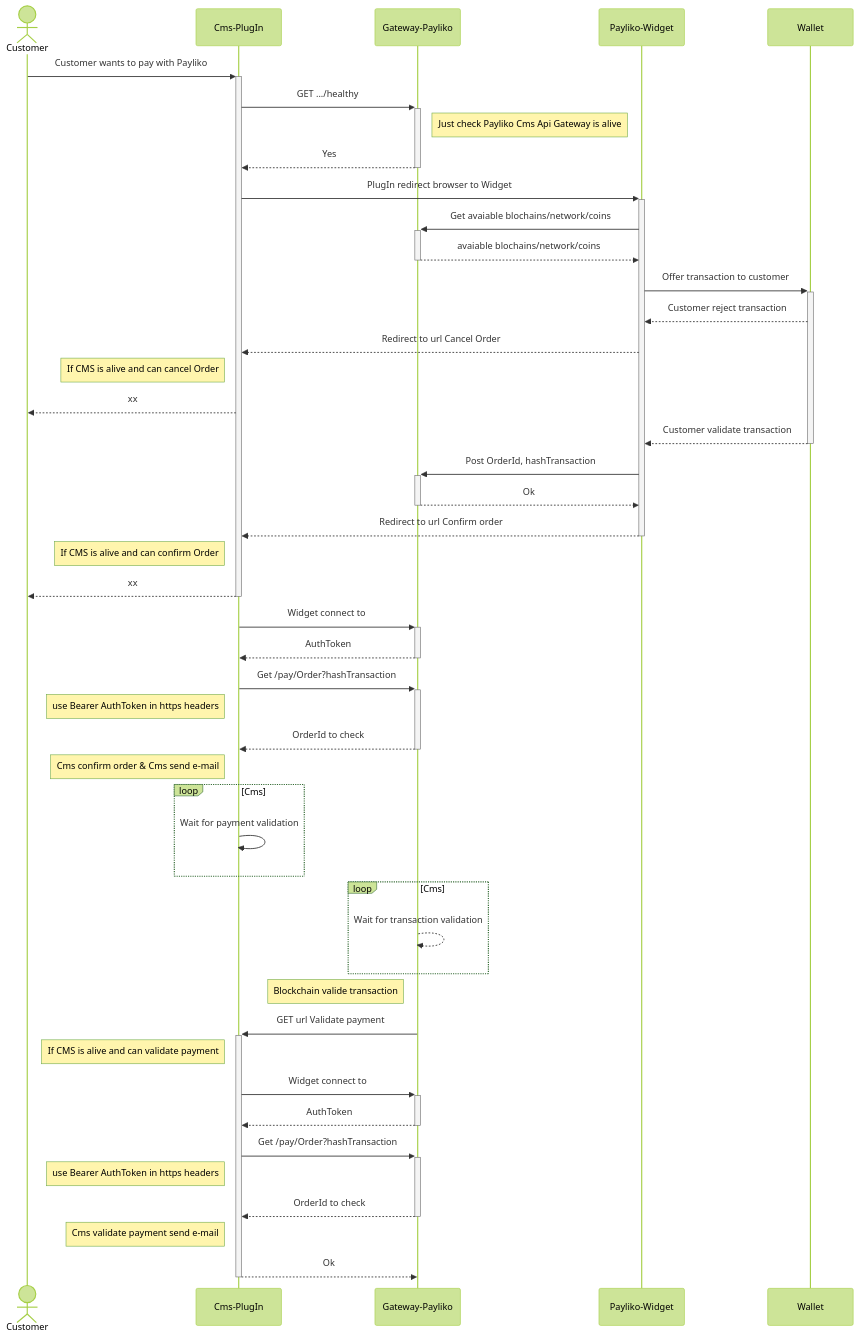
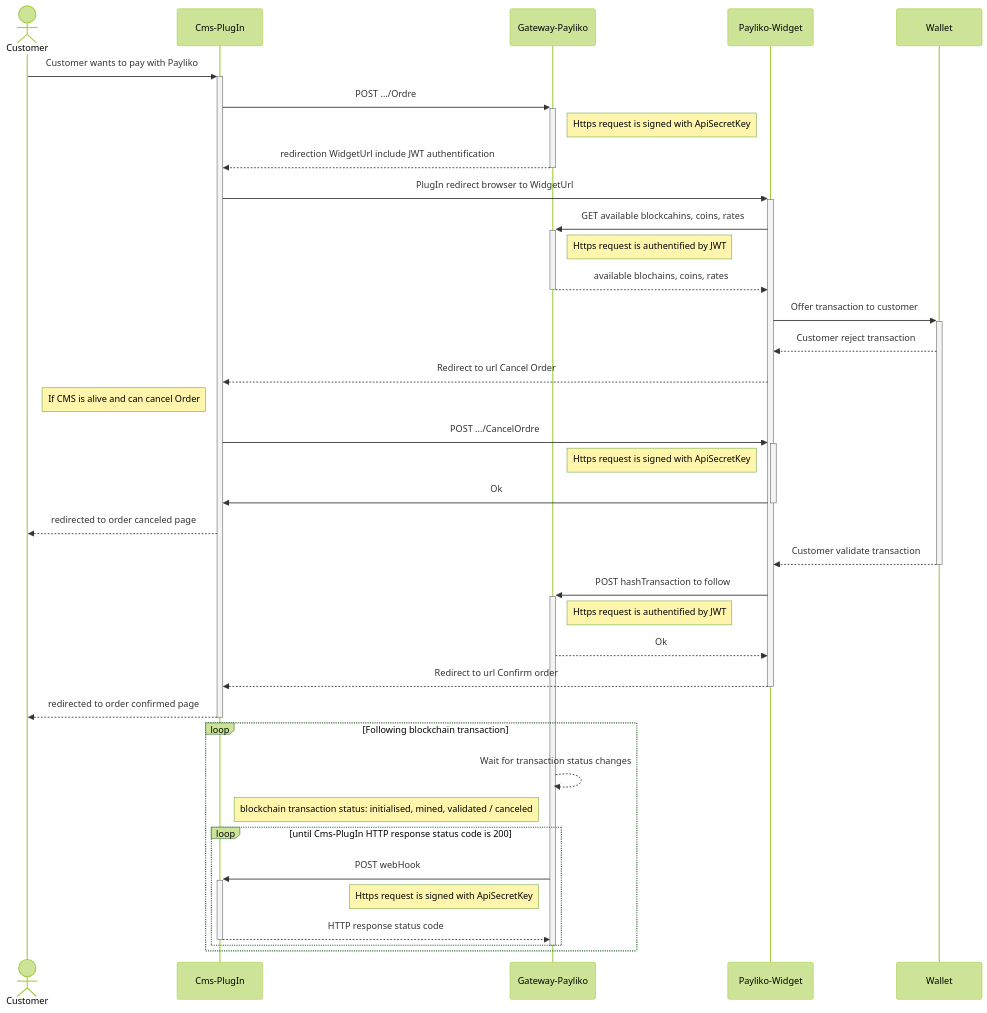
Before and after one commit to Payinnov-Widget-Integration/Payinnov-InHouseCms-Integration: the second of 2 diagrams in README.md, drawn with Mermaid (forest theme). The commit also changed other lines of this file, not shown here.

Commit message:
pay seq diagram

````diff
--- a/README.md
+++ b/README.md
@@ -75,52 +75,45 @@
 ```mermaid
 sequenceDiagram
 actor A as Customer
 A->>+Cms-PlugIn: Customer wants to pay with Payliko 
-Cms-PlugIn->>+Gateway-Payliko: GET .../healthy
-Note right of Gateway-Payliko: Just check Payliko Cms Api Gateway is alive
-Gateway-Payliko-->>-Cms-PlugIn: Yes
+Cms-PlugIn->>+Gateway-Payliko: POST .../Ordre
+Note right of Gateway-Payliko: Https request is signed with ApiSecretKey
+Gateway-Payliko-->>-Cms-PlugIn: redirection WidgetUrl include JWT authentification
 
-Cms-PlugIn->>+Payliko-Widget: PlugIn redirect browser to Widget 
+Cms-PlugIn->>+Payliko-Widget: PlugIn redirect browser to WidgetUrl 
 
-Payliko-Widget->>+Gateway-Payliko: Get avaiable blochains/network/coins
-Gateway-Payliko-->>-Payliko-Widget: avaiable blochains/network/coins
+Payliko-Widget->>+Gateway-Payliko: GET available blockcahins, coins, rates
+Note right of Gateway-Payliko: Https request is authentified by JWT
+Gateway-Payliko-->>-Payliko-Widget: available blochains, coins, rates
 
 Payliko-Widget->>+Wallet: Offer transaction to customer
 Wallet-->>Payliko-Widget: Customer reject transaction
 Payliko-Widget-->>Cms-PlugIn:Redirect to url Cancel Order
 Note left of Cms-PlugIn: If CMS is alive and can cancel Order
-Cms-PlugIn-->>A: xx
+Cms-PlugIn->>+Payliko-Widget: POST .../CancelOrdre
+Note right of Gateway-Payliko: Https request is signed with ApiSecretKey
+Payliko-Widget->>-Cms-PlugIn:Ok
+Cms-PlugIn-->>A: redirected to order canceled page
 
 Wallet-->>-Payliko-Widget:Customer validate transaction
-Payliko-Widget->>+Gateway-Payliko: Post OrderId, hashTransaction
-Gateway-Payliko-->>-Payliko-Widget:Ok
+Payliko-Widget->>+Gateway-Payliko: POST hashTransaction to follow
+Note right of Gateway-Payliko: Https request is authentified by JWT
+Gateway-Payliko-->>Payliko-Widget:Ok
 
 Payliko-Widget-->>-Cms-PlugIn: Redirect to url Confirm order
-Note left of Cms-PlugIn: If CMS is alive and can confirm Order
-Cms-PlugIn-->>-A: xx
+Cms-PlugIn-->>-A: redirected to order confirmed page
 
-Cms-PlugIn->>+Gateway-Payliko: Widget connect to
-Gateway-Payliko-->>-Cms-PlugIn: AuthToken
-Cms-PlugIn->>+Gateway-Payliko: Get /pay/Order?hashTransaction
-Note left of Cms-PlugIn: use Bearer AuthToken in https headers
-Gateway-Payliko-->>-Cms-PlugIn: OrderId to check
-Note left of Cms-PlugIn: Cms confirm order & Cms send e-mail
-loop Cms
-        Cms-PlugIn->>Cms-PlugIn: Wait for payment validation
+loop Following blockchain transaction
+    Gateway-Payliko-->>Gateway-Payliko: Wait for transaction status changes
+
+    Note left of Gateway-Payliko: blockchain transaction status: initialised, mined, validated / canceled
+
+    loop until Cms-PlugIn HTTP response status code is 200
+        Gateway-Payliko->>+Cms-PlugIn: POST webHook
+        Note left of Gateway-Payliko: Https request is signed with ApiSecretKey
+        Cms-PlugIn-->>-Gateway-Payliko:HTTP response status code
+    end
+
+    deactivate Gateway-Payliko
 end
-loop Cms
-        Gateway-Payliko-->>Gateway-Payliko: Wait for transaction validation
-end
-
-Note left of Gateway-Payliko: Blockchain valide transaction
-Gateway-Payliko->>+Cms-PlugIn: GET url Validate payment
-Note left of Cms-PlugIn: If CMS is alive and can validate payment 
-
-Cms-PlugIn->>+Gateway-Payliko: Widget connect to
-Gateway-Payliko-->>-Cms-PlugIn: AuthToken
-Cms-PlugIn->>+Gateway-Payliko: Get /pay/Order?hashTransaction
-Note left of Cms-PlugIn: use Bearer AuthToken in https headers
-Gateway-Payliko-->>-Cms-PlugIn: OrderId to check
-Note left of Cms-PlugIn: Cms validate payment send e-mail
-Cms-PlugIn-->>-Gateway-Payliko:Ok
 ```
````
